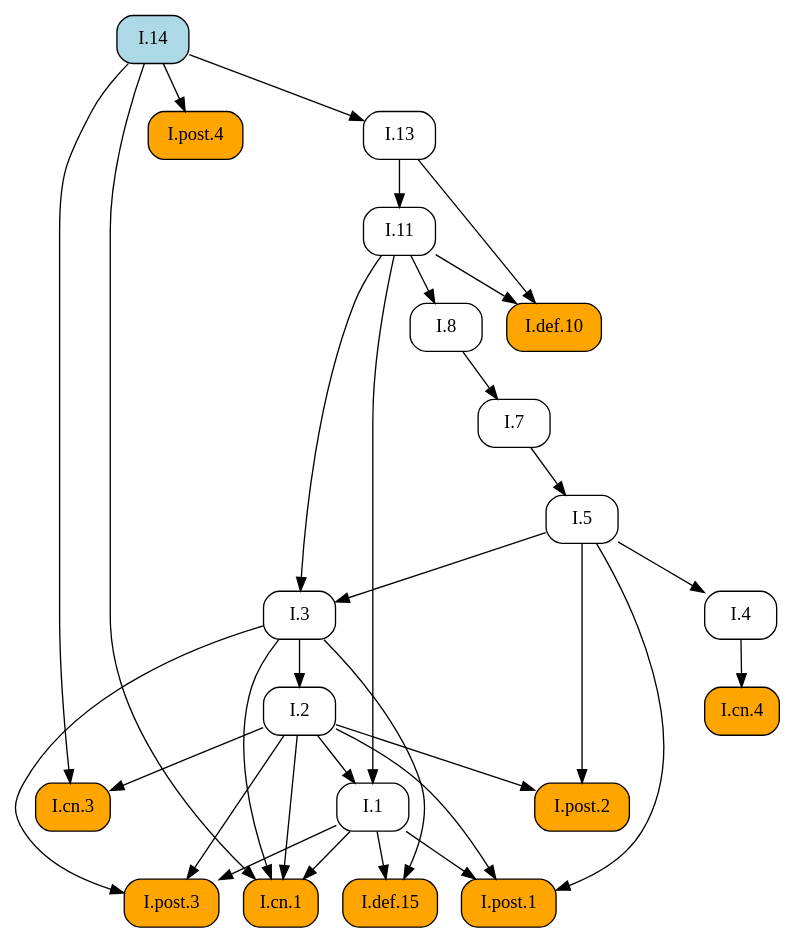
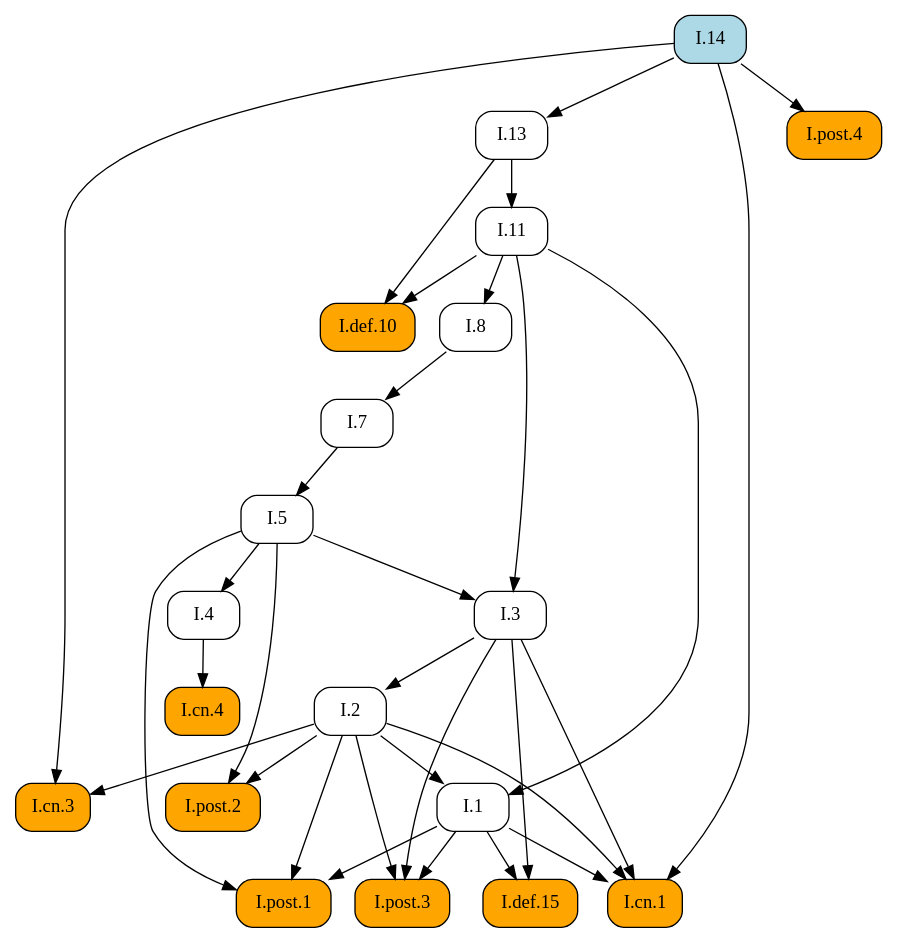
The diagram in docsrc/elements2/I/14/index.rst (geometor/elements), drawn with Graphviz before and after one commit. The commit also changed other lines of this file and 409 other files, not shown here.

First line of the commit message:
feat: Add image cropping and graphic extraction script

```diff
--- a/docsrc/elements2/I/14/index.rst
+++ b/docsrc/elements2/I/14/index.rst
@@ -83,56 +83,56 @@
 .. graphviz::
 
    digraph {
      rankdir="TB";
      node [shape=box, style=rounded];
+     "I.def.15" [style="rounded,filled", fillcolor=orange, URL="/elements2/I/def.15/", target="_top"];
+     "I.def.10" [style="rounded,filled", fillcolor=orange, URL="/elements2/I/def.10/", target="_top"];
+     "I.11" [URL="/elements2/I/11/", target="_top"];
      "I.8" [URL="/elements2/I/8/", target="_top"];
+     "I.5" [URL="/elements2/I/5/", target="_top"];
+     "I.3" [URL="/elements2/I/3/", target="_top"];
+     "I.14" [style="rounded,filled", fillcolor=lightblue, URL="/elements2/I/14/", target="_top"];
      "I.cn.3" [style="rounded,filled", fillcolor=orange, URL="/elements2/I/cn.3/", target="_top"];
-     "I.1" [URL="/elements2/I/1/", target="_top"];
-     "I.cn.4" [style="rounded,filled", fillcolor=orange, URL="/elements2/I/cn.4/", target="_top"];
+     "I.cn.1" [style="rounded,filled", fillcolor=orange, URL="/elements2/I/cn.1/", target="_top"];
+     "I.13" [URL="/elements2/I/13/", target="_top"];
+     "I.4" [URL="/elements2/I/4/", target="_top"];
+     "I.post.3" [style="rounded,filled", fillcolor=orange, URL="/elements2/I/post.3/", target="_top"];
      "I.7" [URL="/elements2/I/7/", target="_top"];
      "I.post.1" [style="rounded,filled", fillcolor=orange, URL="/elements2/I/post.1/", target="_top"];
-     "I.14" [style="rounded,filled", fillcolor=lightblue, URL="/elements2/I/14/", target="_top"];
-     "I.5" [URL="/elements2/I/5/", target="_top"];
-     "I.cn.1" [style="rounded,filled", fillcolor=orange, URL="/elements2/I/cn.1/", target="_top"];
+     "I.2" [URL="/elements2/I/2/", target="_top"];
+     "I.1" [URL="/elements2/I/1/", target="_top"];
      "I.post.4" [style="rounded,filled", fillcolor=orange, URL="/elements2/I/post.4/", target="_top"];
-     "I.def.10" [style="rounded,filled", fillcolor=orange, URL="/elements2/I/def.10/", target="_top"];
-     "I.13" [URL="/elements2/I/13/", target="_top"];
-     "I.2" [URL="/elements2/I/2/", target="_top"];
-     "I.def.15" [style="rounded,filled", fillcolor=orange, URL="/elements2/I/def.15/", target="_top"];
-     "I.4" [URL="/elements2/I/4/", target="_top"];
-     "I.11" [URL="/elements2/I/11/", target="_top"];
-     "I.3" [URL="/elements2/I/3/", target="_top"];
+     "I.cn.4" [style="rounded,filled", fillcolor=orange, URL="/elements2/I/cn.4/", target="_top"];
      "I.post.2" [style="rounded,filled", fillcolor=orange, URL="/elements2/I/post.2/", target="_top"];
-     "I.post.3" [style="rounded,filled", fillcolor=orange, URL="/elements2/I/post.3/", target="_top"];
+     "I.1" -> "I.def.15";
+     "I.3" -> "I.def.15";
+     "I.11" -> "I.def.10";
+     "I.13" -> "I.def.10";
+     "I.13" -> "I.11";
      "I.11" -> "I.8";
+     "I.7" -> "I.5";
+     "I.5" -> "I.3";
+     "I.11" -> "I.3";
      "I.2" -> "I.cn.3";
      "I.14" -> "I.cn.3";
-     "I.2" -> "I.1";
-     "I.11" -> "I.1";
-     "I.4" -> "I.cn.4";
+     "I.1" -> "I.cn.1";
+     "I.2" -> "I.cn.1";
+     "I.3" -> "I.cn.1";
+     "I.14" -> "I.cn.1";
+     "I.14" -> "I.13";
+     "I.5" -> "I.4";
+     "I.1" -> "I.post.3";
+     "I.2" -> "I.post.3";
+     "I.3" -> "I.post.3";
      "I.8" -> "I.7";
      "I.1" -> "I.post.1";
      "I.2" -> "I.post.1";
      "I.5" -> "I.post.1";
-     "I.7" -> "I.5";
-     "I.1" -> "I.cn.1";
-     "I.2" -> "I.cn.1";
-     "I.3" -> "I.cn.1";
-     "I.14" -> "I.cn.1";
+     "I.3" -> "I.2";
+     "I.2" -> "I.1";
+     "I.11" -> "I.1";
      "I.14" -> "I.post.4";
-     "I.11" -> "I.def.10";
-     "I.13" -> "I.def.10";
-     "I.14" -> "I.13";
-     "I.3" -> "I.2";
-     "I.1" -> "I.def.15";
-     "I.3" -> "I.def.15";
-     "I.5" -> "I.4";
-     "I.13" -> "I.11";
-     "I.5" -> "I.3";
-     "I.11" -> "I.3";
+     "I.4" -> "I.cn.4";
      "I.2" -> "I.post.2";
      "I.5" -> "I.post.2";
-     "I.1" -> "I.post.3";
-     "I.2" -> "I.post.3";
-     "I.3" -> "I.post.3";
    }
```
